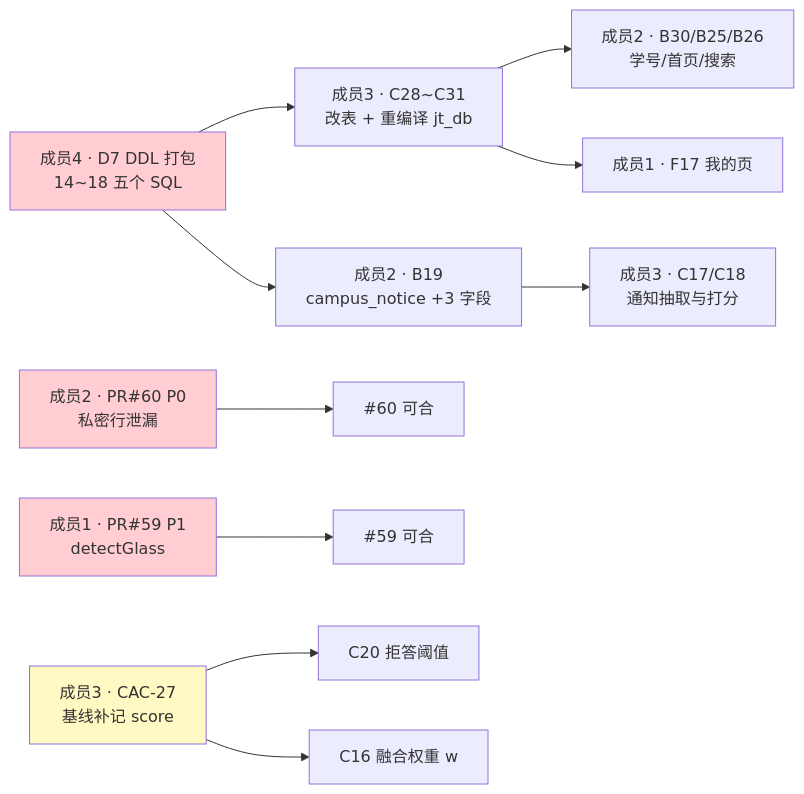
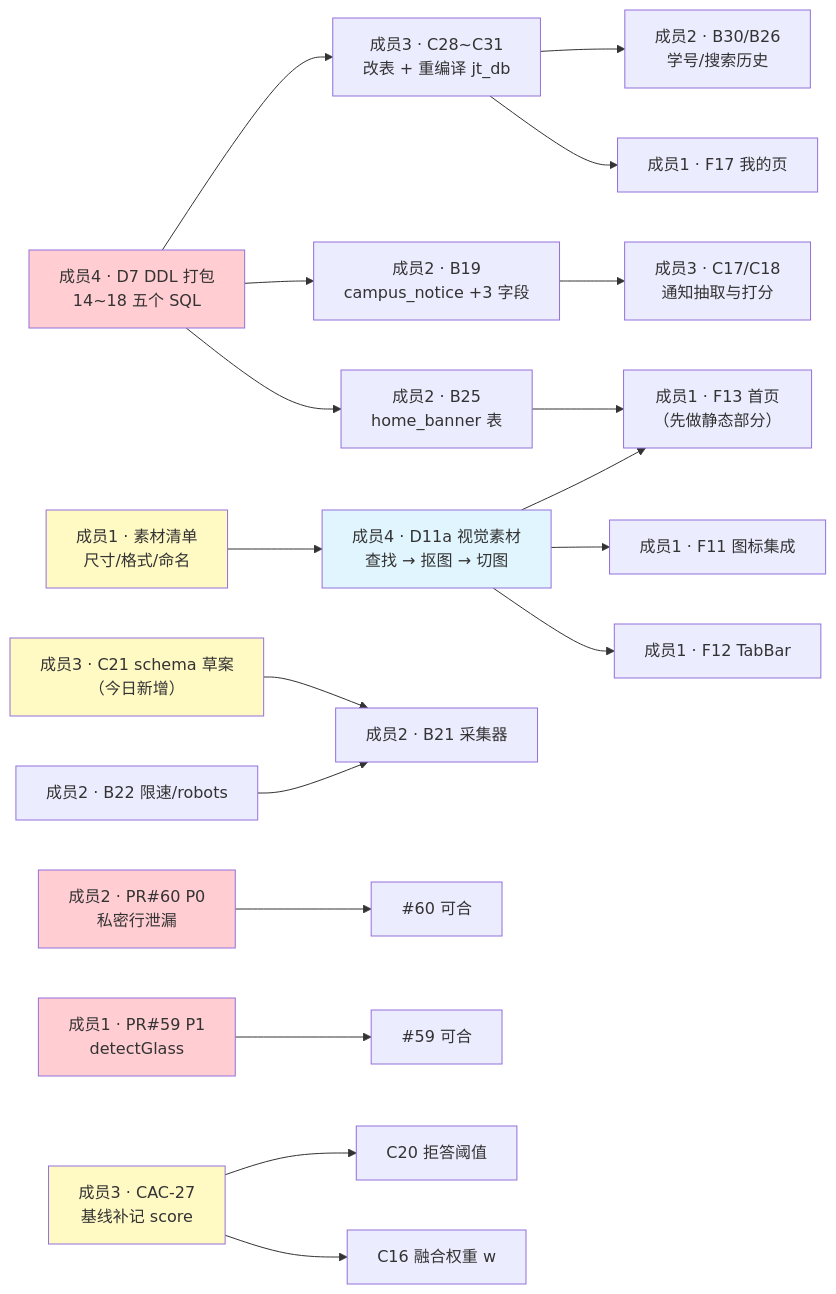
The diagram in docs/成员任务单260914序1.md (asuperj1/xiaojietong-project), drawn with Mermaid before and after one commit. The commit also changed other lines of this file and 1 other file, not shown here.

````diff
--- a/docs/成员任务单260914序1.md
+++ b/docs/成员任务单260914序1.md
@@ -299,16 +354,27 @@
 ```mermaid
 flowchart LR
     D7["成员4 · D7 DDL 打包<br/>14~18 五个 SQL"] --> C28["成员3 · C28~C31<br/>改表 + 重编译 jt_db"]
     D7 --> B19["成员2 · B19<br/>campus_notice +3 字段"]
-    C28 --> B30["成员2 · B30/B25/B26<br/>学号/首页/搜索"]
+    D7 --> B25["成员2 · B25<br/>home_banner 表"]
+    B25 --> F13["成员1 · F13 首页<br/>（先做静态部分）"]
+    C28 --> B30["成员2 · B30/B26<br/>学号/搜索历史"]
     C28 --> F17["成员1 · F17 我的页"]
     B19 --> C18["成员3 · C17/C18<br/>通知抽取与打分"]
+    LIST["成员1 · 素材清单<br/>尺寸/格式/命名"] --> D11A["成员4 · D11a 视觉素材<br/>查找 → 抠图 → 切图"]
+    D11A --> F11["成员1 · F11 图标集成"]
+    D11A --> F12["成员1 · F12 TabBar"]
+    D11A --> F13
+    C21["成员3 · C21 schema 草案<br/>（今日新增）"] --> B21["成员2 · B21 采集器"]
+    B22["成员2 · B22 限速/robots"] --> B21
     P0B60["成员2 · PR#60 P0<br/>私密行泄漏"] --> DONE60["#60 可合"]
     P1B59["成员1 · PR#59 P1<br/>detectGlass"] --> DONE59["#59 可合"]
     CAC27["成员3 · CAC-27<br/>基线补记 score"] --> C20["C20 拒答阈值"]
     CAC27 --> C16["C16 融合权重 w"]
     style D7 fill:#ffcdd2
     style P0B60 fill:#ffcdd2
     style P1B59 fill:#ffcdd2
     style CAC27 fill:#fff9c4
+    style C21 fill:#fff9c4
+    style LIST fill:#fff9c4
+    style D11A fill:#e1f5fe
 ```
````
